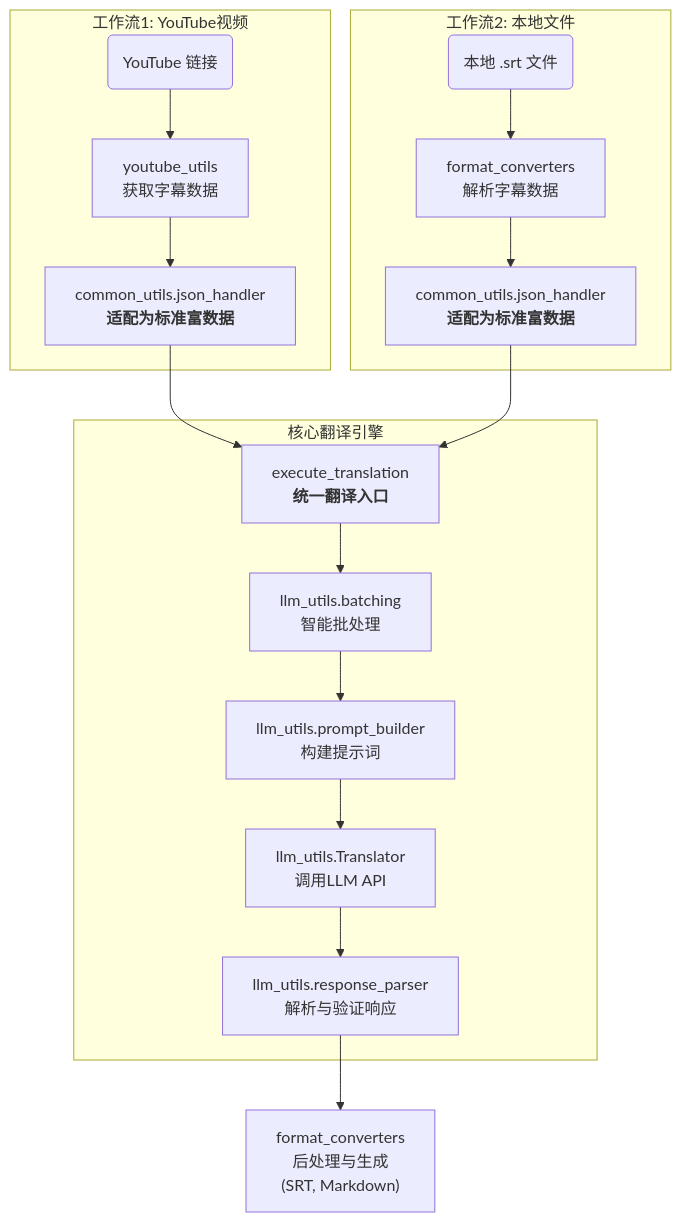
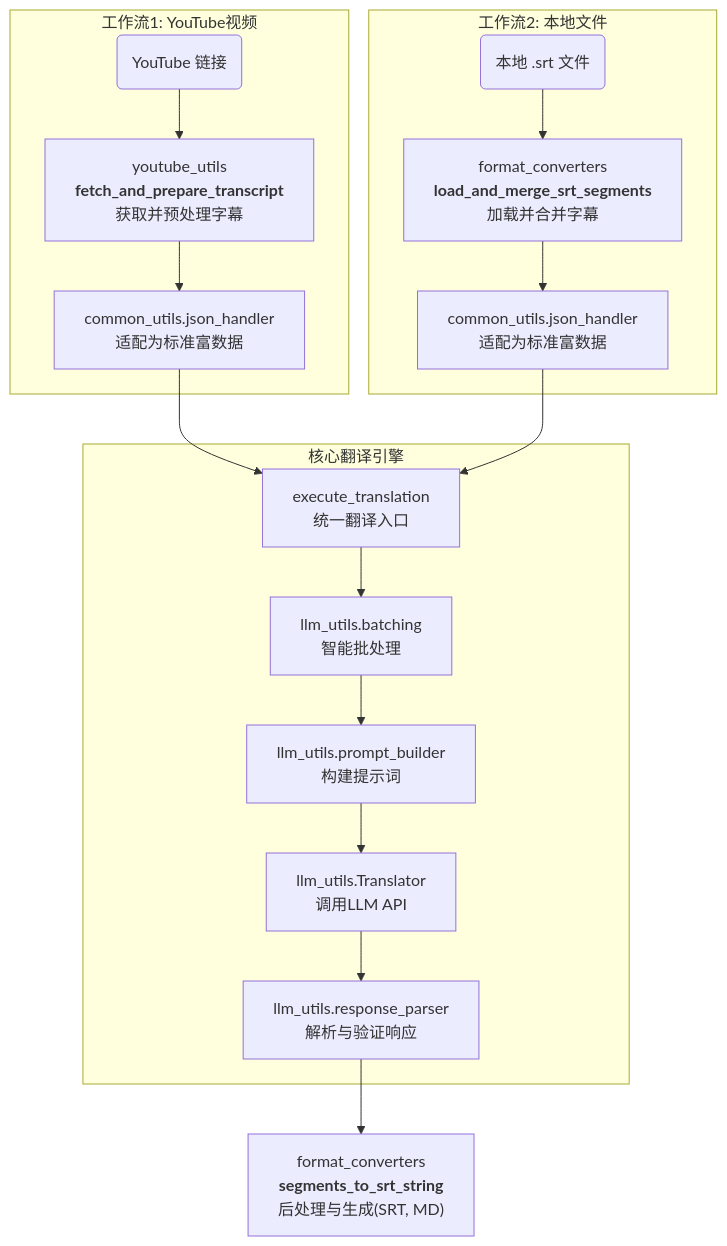
The diagram in README.md (kuniyao/MultiMediaGenAI), drawn with Mermaid before and after one commit. The commit also changed other lines of this file and 7 other files, not shown here.

````diff
--- a/README.md
+++ b/README.md
@@ -24,24 +25,24 @@
 ```mermaid
 graph TD;
     subgraph A[工作流1: YouTube视频]
-        A1("YouTube 链接") --> A2["youtube_utils<br/>获取字幕数据"];
-        A2 --> A3["common_utils.json_handler<br/><b>适配为标准富数据</b>"];
+        A1("YouTube 链接") --> A2["youtube_utils<br/><b>fetch_and_prepare_transcript</b><br/>获取并预处理字幕"];
+        A2 --> A3["common_utils.json_handler<br/>适配为标准富数据"];
     end
 
     subgraph B[工作流2: 本地文件]
-        B1("本地 .srt 文件") --> B2["format_converters<br/>解析字幕数据"];
-        B2 --> B3["common_utils.json_handler<br/><b>适配为标准富数据</b>"];
+        B1("本地 .srt 文件") --> B2["format_converters<br/><b>load_and_merge_srt_segments</b><br/>加载并合并字幕"];
+        B2 --> B3["common_utils.json_handler<br/>适配为标准富数据"];
     end
 
     subgraph C[核心翻译引擎]
-        C0["execute_translation<br/><b>统一翻译入口</b>"] --> C1["llm_utils.batching<br/>智能批处理"];
+        C0["execute_translation<br/>统一翻译入口"] --> C1["llm_utils.batching<br/>智能批处理"];
         C1 --> C2["llm_utils.prompt_builder<br/>构建提示词"];
         C2 --> C3["llm_utils.Translator<br/>调用LLM API"];
         C3 --> C4["llm_utils.response_parser<br/>解析与验证响应"];
     end
 
     A3 --> C0;
     B3 --> C0;
     
-    C4 --> D["format_converters<br/>后处理与生成<br/>(SRT, Markdown)"];
+    C4 --> D["format_converters<br/><b>segments_to_srt_string</b><br/>后处理与生成(SRT, MD)"];
 ```
````
